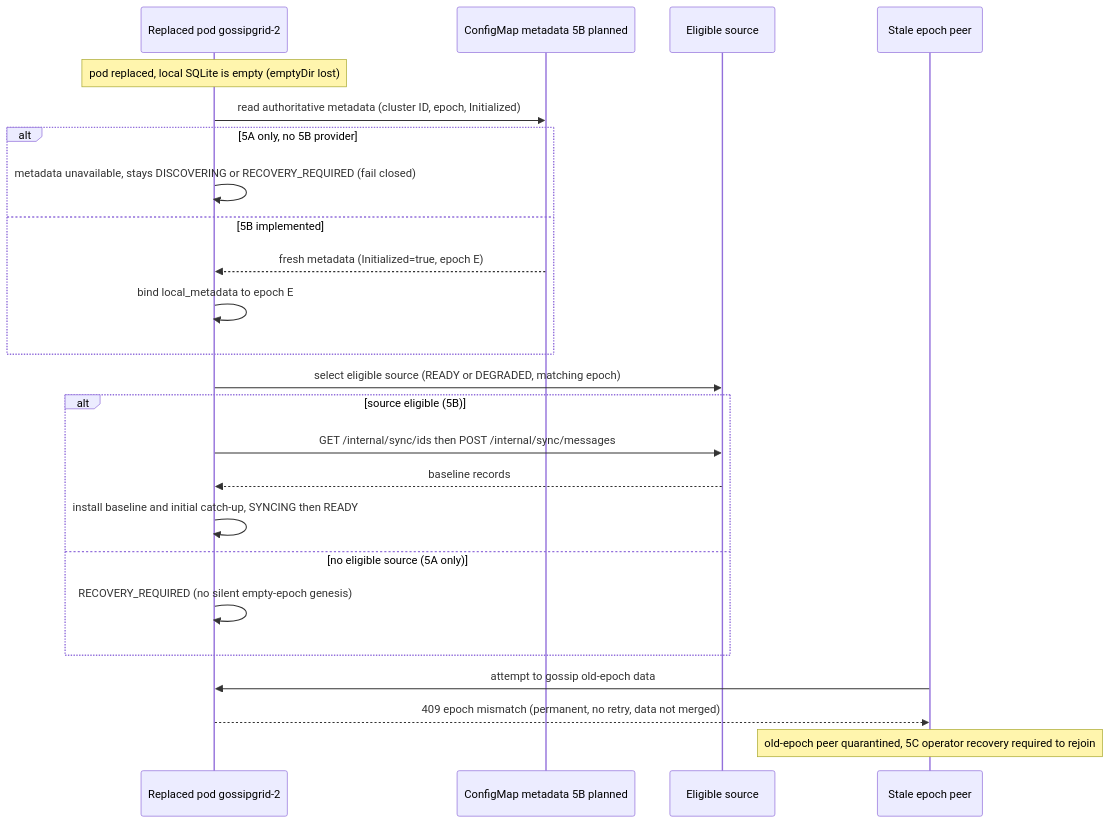
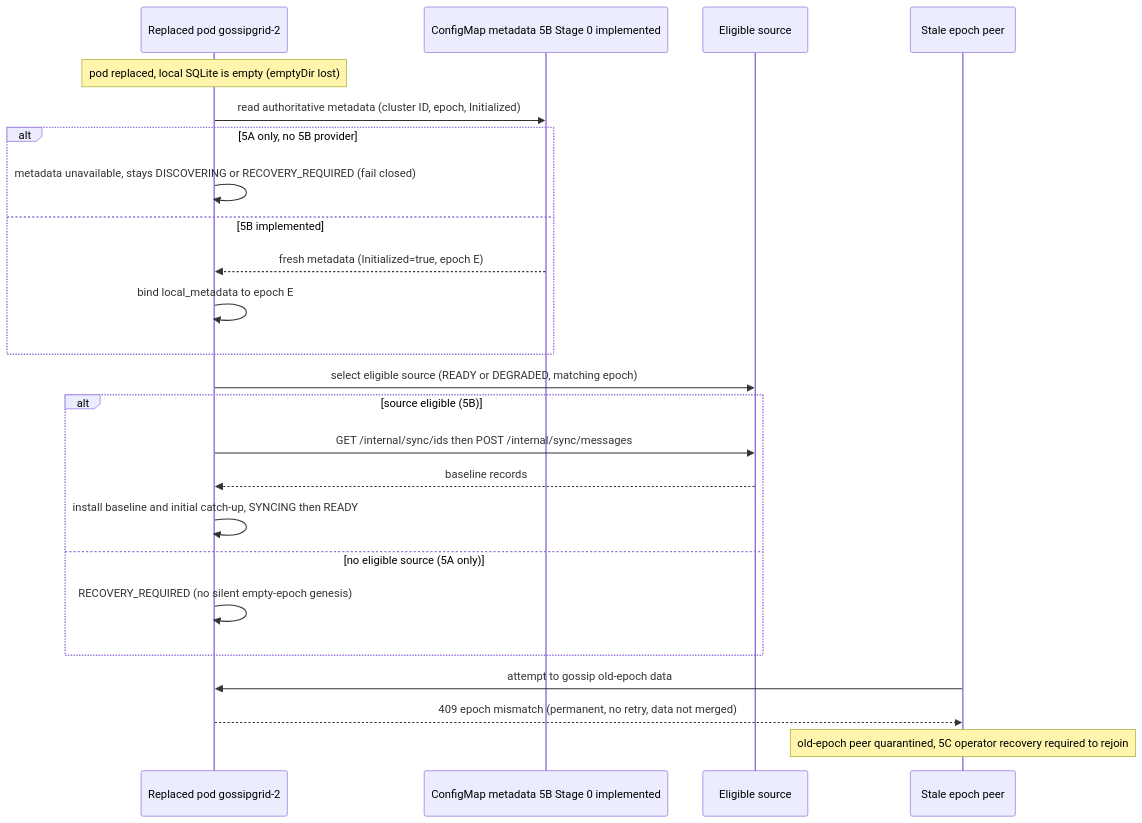
One commit to hirebrianm/gossipgrid changed the diagram in docs/diagrams/lifecycle-recovery-sequence.mmd. Above: the diagram before and after it, drawn with Mermaid. The commit also changed 43 other files, not shown here.

```diff
--- a/docs/diagrams/lifecycle-recovery-sequence.mmd
+++ b/docs/diagrams/lifecycle-recovery-sequence.mmd
@@ -1,25 +1,25 @@
 sequenceDiagram
   participant NEW as Replaced pod gossipgrid-2
-  participant CM as ConfigMap metadata 5B planned
+  participant CM as ConfigMap metadata 5B Stage 0 implemented
   participant SRC as Eligible source
   participant OLD as Stale epoch peer
 
   Note over NEW: pod replaced, local SQLite is empty (emptyDir lost)
   NEW->>CM: read authoritative metadata (cluster ID, epoch, Initialized)
   alt 5A only, no 5B provider
     NEW->>NEW: metadata unavailable, stays DISCOVERING or RECOVERY_REQUIRED (fail closed)
   else 5B implemented
     CM-->>NEW: fresh metadata (Initialized=true, epoch E)
     NEW->>NEW: bind local_metadata to epoch E
   end
   NEW->>SRC: select eligible source (READY or DEGRADED, matching epoch)
   alt source eligible (5B)
     NEW->>SRC: GET /internal/sync/ids then POST /internal/sync/messages
     SRC-->>NEW: baseline records
     NEW->>NEW: install baseline and initial catch-up, SYNCING then READY
   else no eligible source (5A only)
     NEW->>NEW: RECOVERY_REQUIRED (no silent empty-epoch genesis)
   end
   OLD->>NEW: attempt to gossip old-epoch data
   NEW-->>OLD: 409 epoch mismatch (permanent, no retry, data not merged)
   Note over OLD: old-epoch peer quarantined, 5C operator recovery required to rejoin
```
